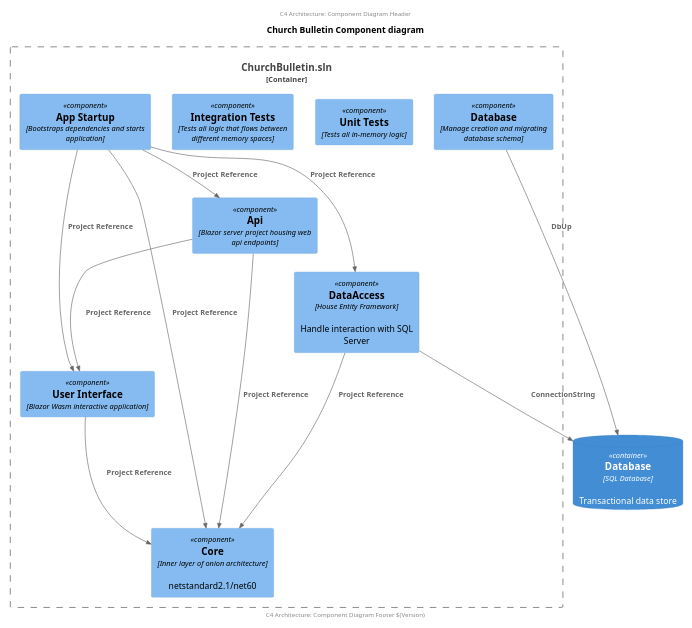
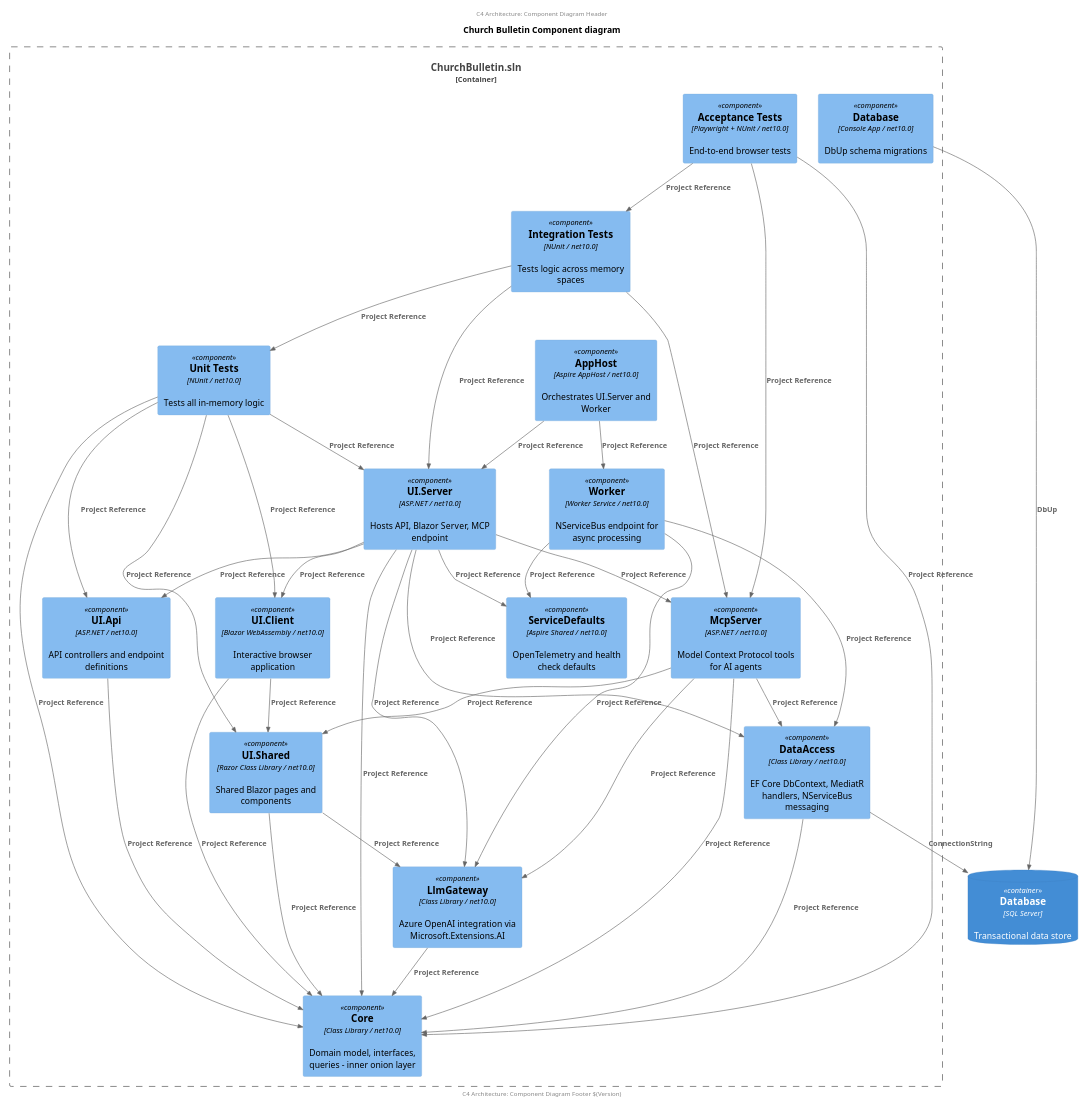
Before and after one commit to ClearMeasureLabs/bootcamp-palermo-workorders: the diagram in arch/arch-c4-component-project-dependencies.puml, drawn with PlantUML. The commit also changed 27 other files, not shown here.

First line of the commit message:
Update architecture diagrams to match codebase, remove UpdateDescriptionCommand, fix flaky acceptance test

```diff
--- a/arch/arch-c4-component-project-dependencies.puml
+++ b/arch/arch-c4-component-project-dependencies.puml
@@ -1,41 +1,73 @@
 @startuml
 
 scale 2/3
 'left to right direction
 center header
     C4 Architecture: Component Diagram Header
 endheader
 
 !includeurl https://raw.githubusercontent.com/RicardoNiepel/C4-PlantUML/master/C4_Component.puml
 
 title Church Bulletin Component diagram 
 
-ContainerDb(database, "Database", "SQL Database", "Transactional data store")
+ContainerDb(database, "Database", "SQL Server", "Transactional data store")
 
 Container_Boundary(visualstudiosolution, "ChurchBulletin.sln") {
-    Component(core, "Core", "Inner layer of onion architecture", "netstandard2.1/net60")
-    Component(dataAccess, "DataAccess", "House Entity Framework", "Handle interaction with SQL Server")
-    Component(databaseProject, "Database", "Manage creation and migrating database schema")
-    Component(unitTests, "Unit Tests", "Tests all in-memory logic")
-    Component(integrationTests, "Integration Tests", "Tests all logic that flows between different memory spaces")
-    Component(uiServer, "Api", "Blazor server project housing web api endpoints")
-    Component(uiClient, "User Interface", "Blazor Wasm interactive application")
-    Component(startup, "App Startup", "Bootstraps dependencies and starts application")
+    Component(core, "Core", "Class Library / net10.0", "Domain model, interfaces, queries - inner onion layer")
+    Component(dataAccess, "DataAccess", "Class Library / net10.0", "EF Core DbContext, MediatR handlers, NServiceBus messaging")
+    Component(databaseProject, "Database", "Console App / net10.0", "DbUp schema migrations")
+    Component(llmGateway, "LlmGateway", "Class Library / net10.0", "Azure OpenAI integration via Microsoft.Extensions.AI")
+    Component(uiShared, "UI.Shared", "Razor Class Library / net10.0", "Shared Blazor pages and components")
+    Component(uiApi, "UI.Api", "ASP.NET / net10.0", "API controllers and endpoint definitions")
+    Component(uiClient, "UI.Client", "Blazor WebAssembly / net10.0", "Interactive browser application")
+    Component(uiServer, "UI.Server", "ASP.NET / net10.0", "Hosts API, Blazor Server, MCP endpoint")
+    Component(mcpServer, "McpServer", "ASP.NET / net10.0", "Model Context Protocol tools for AI agents")
+    Component(worker, "Worker", "Worker Service / net10.0", "NServiceBus endpoint for async processing")
+    Component(serviceDefaults, "ServiceDefaults", "Aspire Shared / net10.0", "OpenTelemetry and health check defaults")
+    Component(appHost, "AppHost", "Aspire AppHost / net10.0", "Orchestrates UI.Server and Worker")
+    Component(unitTests, "Unit Tests", "NUnit / net10.0", "Tests all in-memory logic")
+    Component(integrationTests, "Integration Tests", "NUnit / net10.0", "Tests logic across memory spaces")
+    Component(acceptanceTests, "Acceptance Tests", "Playwright + NUnit / net10.0", "End-to-end browser tests")
 }
 
 Rel(dataAccess, core, "Project Reference")
+Rel(llmGateway, core, "Project Reference")
+Rel(uiApi, core, "Project Reference")
+Rel(uiShared, core, "Project Reference")
+Rel(uiShared, llmGateway, "Project Reference")
+Rel(uiClient, core, "Project Reference")
+Rel(uiClient, uiShared, "Project Reference")
 Rel(uiServer, core, "Project Reference")
-Rel(uiClient, core, "Project Reference")
+Rel(uiServer, dataAccess, "Project Reference")
+Rel(uiServer, llmGateway, "Project Reference")
+Rel(uiServer, mcpServer, "Project Reference")
+Rel(uiServer, uiClient, "Project Reference")
+Rel(uiServer, uiApi, "Project Reference")
+Rel(uiServer, serviceDefaults, "Project Reference")
+Rel(mcpServer, core, "Project Reference")
+Rel(mcpServer, dataAccess, "Project Reference")
+Rel(mcpServer, llmGateway, "Project Reference")
+Rel(mcpServer, uiShared, "Project Reference")
+Rel(worker, dataAccess, "Project Reference")
+Rel(worker, llmGateway, "Project Reference")
+Rel(worker, serviceDefaults, "Project Reference")
+Rel(appHost, uiServer, "Project Reference")
+Rel(appHost, worker, "Project Reference")
 Rel(databaseProject, database, "DbUp")
-Rel(uiServer, uiClient, "Project Reference")
 Rel(dataAccess, database, "ConnectionString")
-Rel(startup, core, "Project Reference")
-Rel(startup, dataAccess, "Project Reference")
-Rel(startup, uiServer, "Project Reference")
-Rel(startup, uiClient, "Project Reference")
-
+Rel(unitTests, core, "Project Reference")
+Rel(unitTests, uiClient, "Project Reference")
+Rel(unitTests, uiApi, "Project Reference")
+Rel(unitTests, uiServer, "Project Reference")
+Rel(unitTests, uiShared, "Project Reference")
+Rel(integrationTests, uiServer, "Project Reference")
+Rel(integrationTests, mcpServer, "Project Reference")
+Rel(integrationTests, unitTests, "Project Reference")
+Rel(acceptanceTests, core, "Project Reference")
+Rel(acceptanceTests, integrationTests, "Project Reference")
+Rel(acceptanceTests, mcpServer, "Project Reference")
 
 center footer
     C4 Architecture: Component Diagram Footer $(Version)
 endfooter
 @enduml
```
